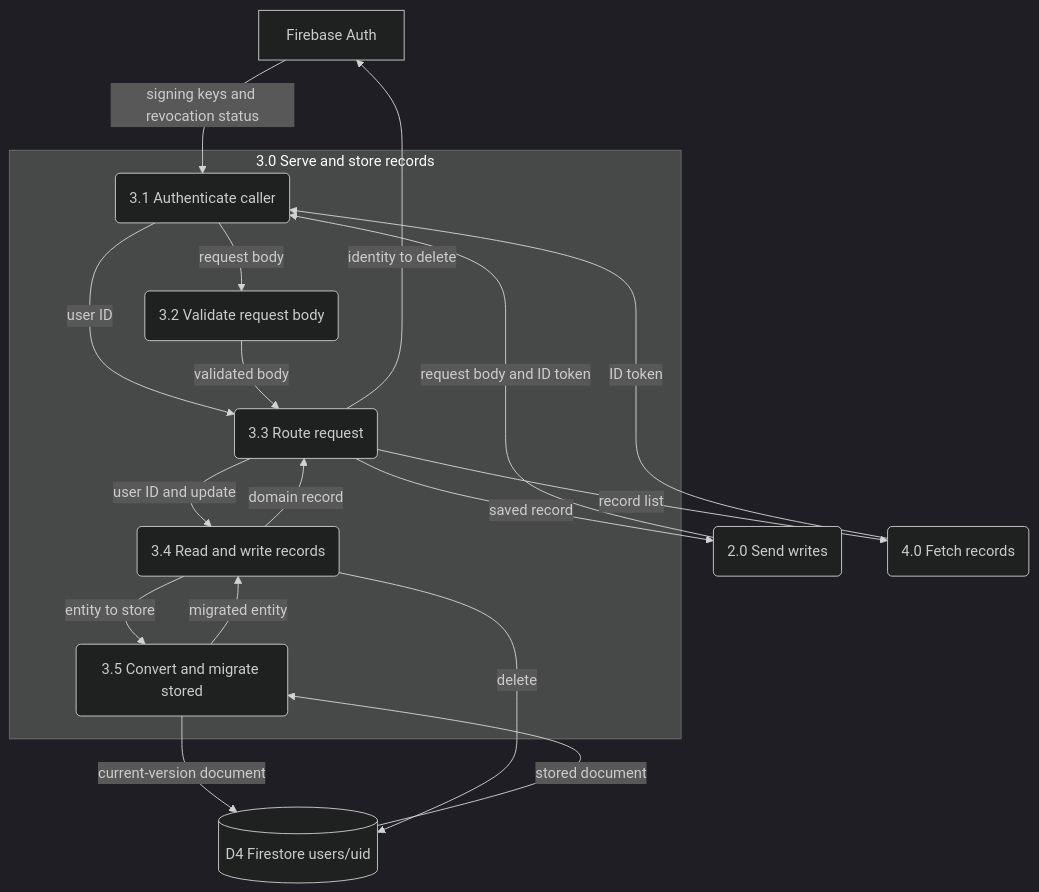
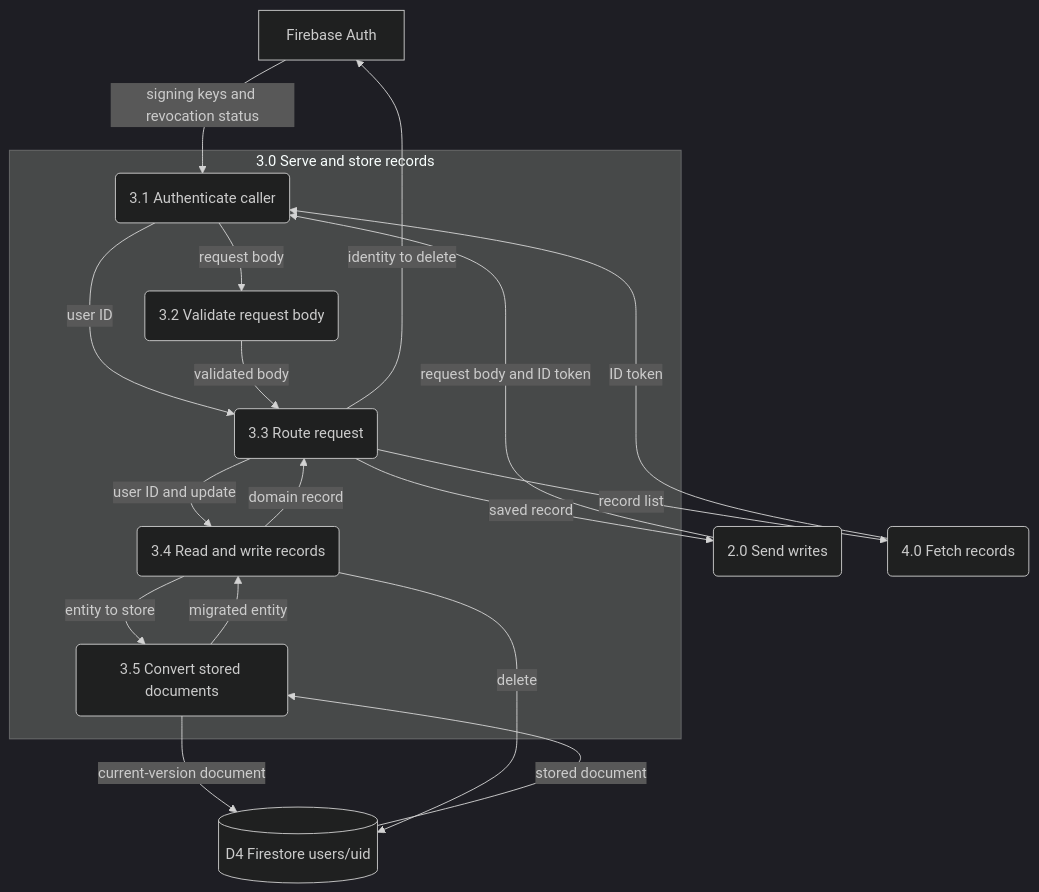
The second of 2 diagrams in docs/reference/data-flow-layers.md (dungeon-studio/genshin.dungeon.studio), drawn with Mermaid (dark theme) before and after one commit. The commit also changed other lines of this file and 2 other files, not shown here.

First line of the commit message:
docs: refactor the data flow pages for one home per fact

````diff
--- a/docs/reference/data-flow-layers.md
+++ b/docs/reference/data-flow-layers.md
@@ -60,32 +60,32 @@
 ```mermaid
 flowchart TB
   firebaseAuth[Firebase Auth]
   send(2.0 Send writes)
   fetch(4.0 Fetch records)
   firestore[(D4 Firestore users/uid)]
 
   subgraph serve[3.0 Serve and store records]
     authenticate(3.1 Authenticate caller)
     validateBody(3.2 Validate request body)
     route(3.3 Route request)
     repository(3.4 Read and write records)
-    convert(3.5 Convert and migrate stored)
+    convert(3.5 Convert stored documents)
   end
 
   send -->|request body and ID token| authenticate
   fetch -->|ID token| authenticate
   firebaseAuth -->|signing keys and revocation status| authenticate
   authenticate -->|user ID| route
   authenticate -->|request body| validateBody
   validateBody -->|validated body| route
   route -->|user ID and update| repository
   repository -->|domain record| route
   repository -->|entity to store| convert
   firestore -->|stored document| convert
   convert -->|migrated entity| repository
   convert -->|current-version document| firestore
   repository -->|delete| firestore
   route -->|saved record| send
   route -->|record list| fetch
   route -->|identity to delete| firebaseAuth
 ```
````
